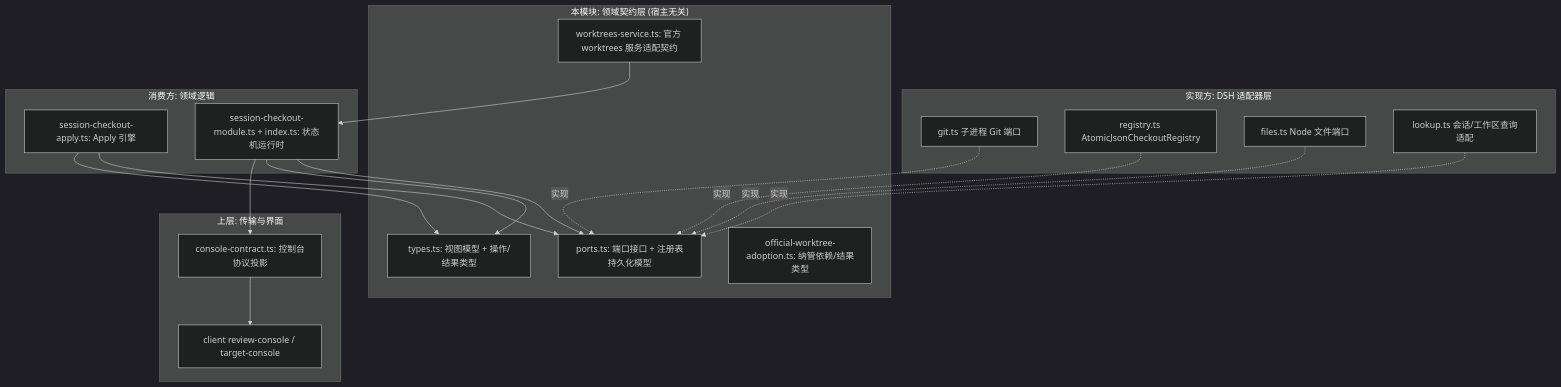
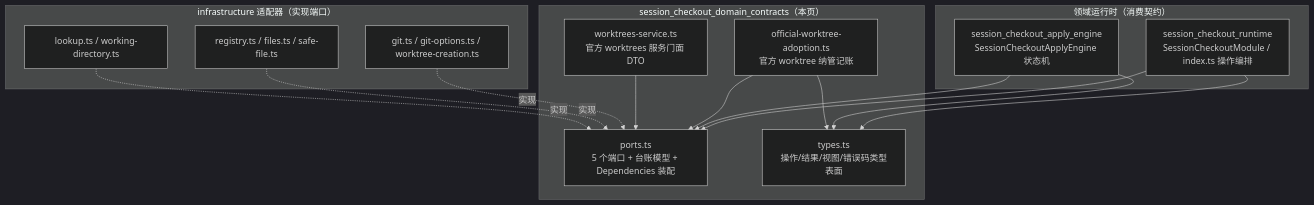
Before and after one commit to ikliml666/dsh-git-workspace: the first of 4 diagrams in .codewiki/_native-state/docs/core_worktree_domain_and_infrastructure/session_checkout_domain/session_checkout_domain_contracts.md, drawn with Mermaid (dark theme). The commit also changed other lines of this file and 71 other files, not shown here.

````diff
--- a/.codewiki/_native-state/docs/core_worktree_domain_and_infrastructure/session_checkout_domain/session_checkout_domain_contracts.md
+++ b/.codewiki/_native-state/docs/core_worktree_domain_and_infrastructure/session_checkout_domain/session_checkout_domain_contracts.md
@@ -16,34 +18,31 @@
 ```mermaid
 flowchart TB
-  subgraph AD["实现方: DSH 适配器层"]
-    A1["git.ts 子进程 Git 端口"]
-    A2["registry.ts AtomicJsonCheckoutRegistry"]
-    A3["files.ts Node 文件端口"]
-    A4["lookup.ts 会话/工作区查询适配"]
+  subgraph 上游["领域运行时（消费契约）"]
+    RT["session_checkout_runtime<br/>SessionCheckoutModule / index.ts 操作编排"]
+    AE["session_checkout_apply_engine<br/>SessionCheckoutApplyEngine 状态机"]
   end
-  subgraph CT["本模块: 领域契约层 (宿主无关)"]
-    P["ports.ts: 端口接口 + 注册表持久化模型"]
-    T["types.ts: 视图模型 + 操作/结果类型"]
-    A["official-worktree-adoption.ts: 纳管依赖/结果类型"]
-    W["worktrees-service.ts: 官方 worktrees 服务适配契约"]
+
+  subgraph 本模块["session_checkout_domain_contracts（本页）"]
+    PORTS["ports.ts<br/>5 个端口 + 台账模型 + Dependencies 装配"]
+    TYPES["types.ts<br/>操作/结果/视图/错误码类型表面"]
+    ADOPT["official-worktree-adoption.ts<br/>官方 worktree 纳管记账"]
+    SVC["worktrees-service.ts<br/>官方 worktrees 服务门面 DTO"]
   end
-  subgraph CN["消费方: 领域逻辑"]
-    E["session-checkout-apply.ts: Apply 引擎"]
-    M["session-checkout-module.ts + index.ts: 状态机运行时"]
+
+  subgraph 下游["infrastructure 适配器（实现端口）"]
+    GIT["git.ts / git-options.ts / worktree-creation.ts"]
+    REG["registry.ts / files.ts / safe-file.ts"]
+    LOOKUP["lookup.ts / working-directory.ts"]
   end
-  subgraph UP["上层: 传输与界面"]
-    C["console-contract.ts: 控制台协议投影"]
-    U["client review-console / target-console"]
-  end
-  A1 -. 实现 .-> P
-  A2 -. 实现 .-> P
-  A3 -. 实现 .-> P
-  A4 -. 实现 .-> P
-  E --> P
-  M --> P
-  M --> T
-  E --> T
-  W --> M
-  M --> C
-  C --> U
+
+  RT --> PORTS
+  RT --> TYPES
+  AE --> PORTS
+  AE --> TYPES
+  ADOPT --> PORTS
+  ADOPT --> TYPES
+  SVC --> PORTS
+  GIT -.实现.-> PORTS
+  REG -.实现.-> PORTS
+  LOOKUP -.实现.-> PORTS
 ```
````
